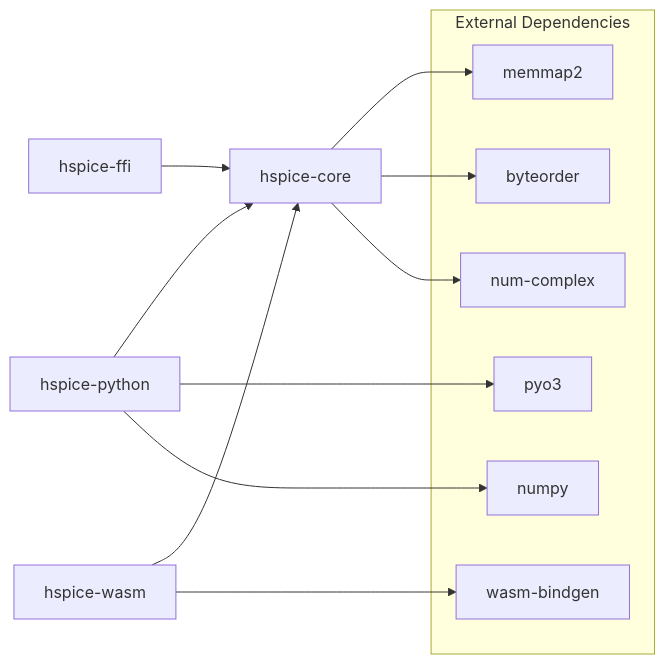
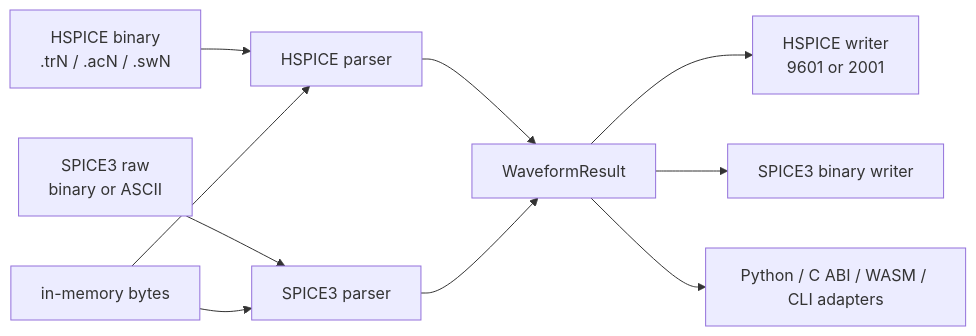
The second of 2 diagrams in docs/ARCHITECTURE.md (HaiwenZhang/hspice_tr0_parser), drawn with Mermaid before and after one commit. The commit also changed other lines of this file and 29 other files, not shown here.

First line of the commit message:
feat: Update documentation and add CLI for HSPICE and SPICE3

````diff
--- a/docs/ARCHITECTURE.md
+++ b/docs/ARCHITECTURE.md
@@ -106,24 +48,14 @@
 ```mermaid
-graph LR
-    subgraph External["External Dependencies"]
-        memmap2["memmap2"]
-        byteorder["byteorder"]
-        numcomplex["num-complex"]
-        pyo3["pyo3"]
-        numpy["numpy"]
-        wasm["wasm-bindgen"]
-    end
+flowchart LR
+    HspiceFile["HSPICE binary<br/>.trN / .acN / .swN"] --> HspiceParser["HSPICE parser"]
+    RawFile["SPICE3 raw<br/>binary or ASCII"] --> RawParser["SPICE3 parser"]
+    Bytes["in-memory bytes"] --> HspiceParser
+    Bytes --> RawParser
 
-    Core["hspice-core"] --> memmap2
-    Core --> byteorder
-    Core --> numcomplex
+    HspiceParser --> Result["WaveformResult"]
+    RawParser --> Result
 
-    Python["hspice-python"] --> Core
-    Python --> pyo3
-    Python --> numpy
-
-    FFI["hspice-ffi"] --> Core
-
-    WASM["hspice-wasm"] --> Core
-    WASM --> wasm
+    Result --> HspiceWriter["HSPICE writer<br/>9601 or 2001"]
+    Result --> RawWriter["SPICE3 binary writer"]
+    Result --> Bindings["Python / C ABI / WASM / CLI adapters"]
 ```
````
